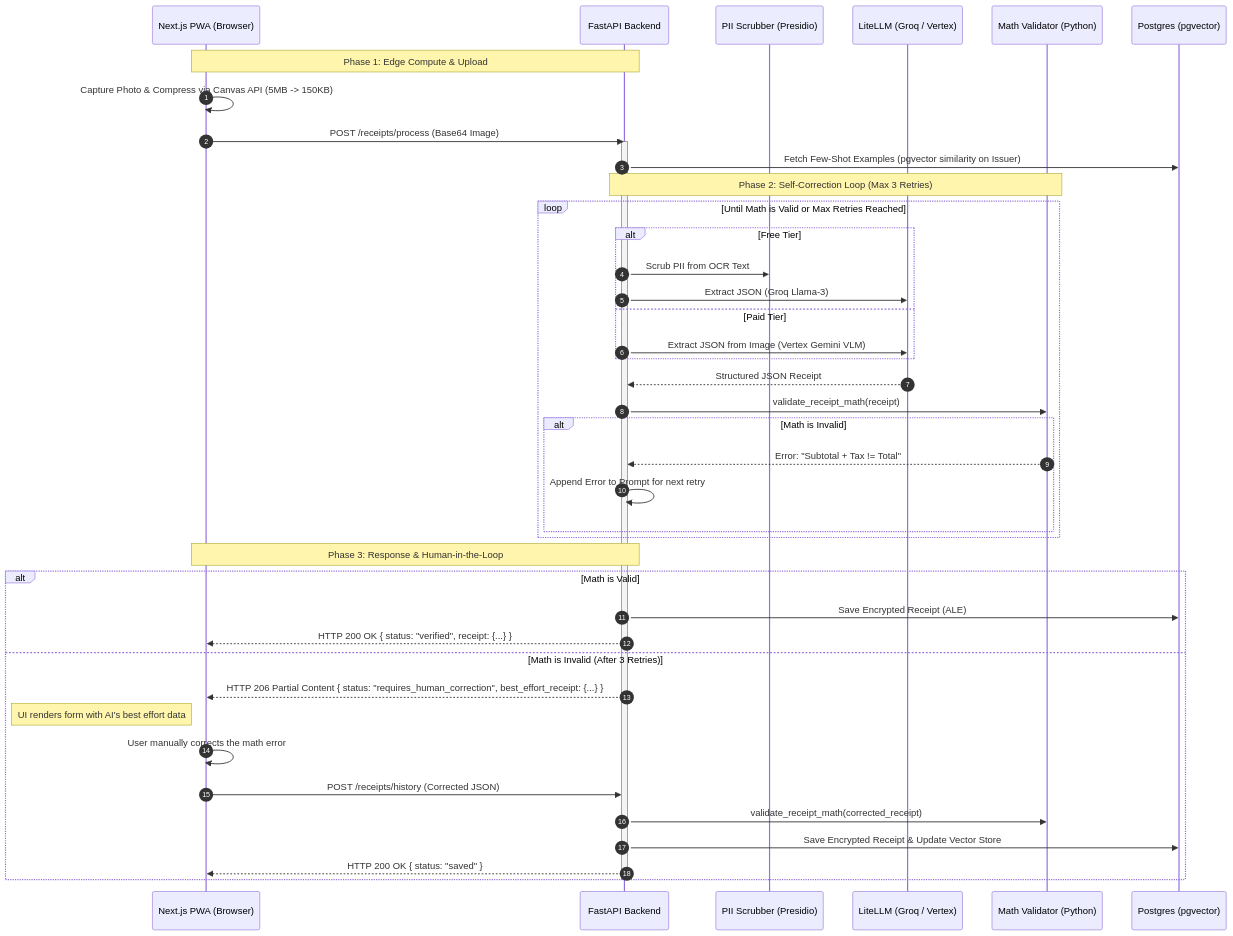
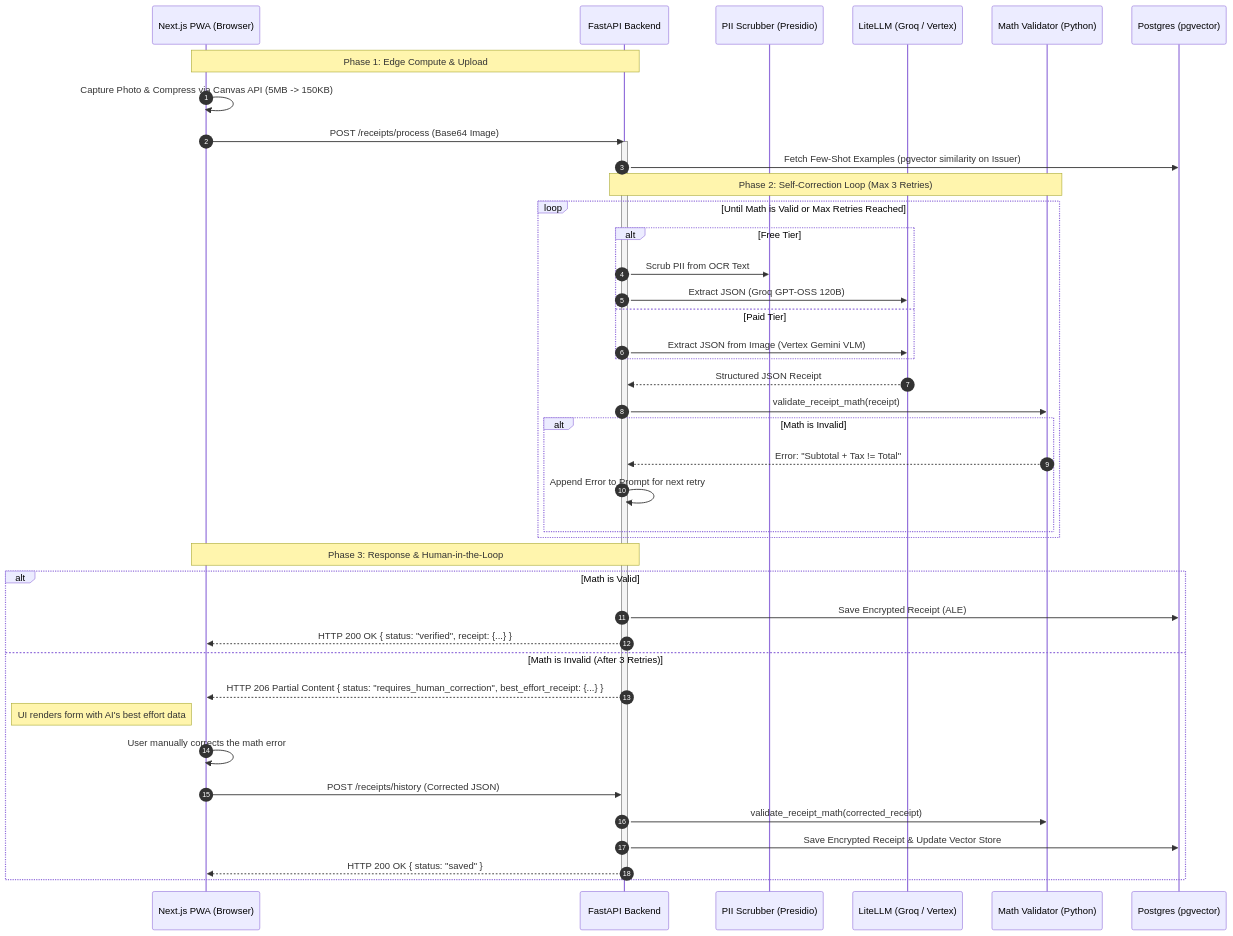
Before and after one commit to JMMAILabs/frugal-fortress-architecture: the diagram in docs/diagrams/VERA/sequence_receipts.md, drawn with Mermaid. The commit also changed 23 other files, not shown here.

First line of the commit message:
docs: migrate free-tier references from llama-3.3 to openai/gpt-oss-120b

````diff
--- a/docs/diagrams/VERA/sequence_receipts.md
+++ b/docs/diagrams/VERA/sequence_receipts.md
@@ -5,51 +5,51 @@
 ```mermaid
 %%{init: {'theme': 'default', 'themeVariables': { 'noteBkgColor': '#fff5ad', 'noteTextColor': '#333333'}}}%%
 sequenceDiagram
     autonumber
     participant Edge as Next.js PWA (Browser)
     participant API as FastAPI Backend
     participant PII as PII Scrubber (Presidio)
     participant LLM as LiteLLM (Groq / Vertex)
     participant Math as Math Validator (Python)
     participant DB as Postgres (pgvector)
 
     Note over Edge, API: Phase 1: Edge Compute & Upload
     Edge->>Edge: Capture Photo & Compress via Canvas API (5MB -> 150KB)
     Edge->>API: POST /receipts/process (Base64 Image)
     activate API
     
     API->>DB: Fetch Few-Shot Examples (pgvector similarity on Issuer)
     
     Note over API, Math: Phase 2: Self-Correction Loop (Max 3 Retries)
     loop Until Math is Valid or Max Retries Reached
         alt Free Tier
             API->>PII: Scrub PII from OCR Text
-            API->>LLM: Extract JSON (Groq Llama-3)
+            API->>LLM: Extract JSON (Groq GPT-OSS 120B)
         else Paid Tier
             API->>LLM: Extract JSON from Image (Vertex Gemini VLM)
         end
         
         LLM-->>API: Structured JSON Receipt
         API->>Math: validate_receipt_math(receipt)
         
         alt Math is Invalid
             Math-->>API: Error: "Subtotal + Tax != Total"
             API->>API: Append Error to Prompt for next retry
         end
     end
 
     Note over API, Edge: Phase 3: Response & Human-in-the-Loop
     alt Math is Valid
         API->>DB: Save Encrypted Receipt (ALE)
         API-->>Edge: HTTP 200 OK { status: "verified", receipt: {...} }
     else Math is Invalid (After 3 Retries)
         API-->>Edge: HTTP 206 Partial Content { status: "requires_human_correction", best_effort_receipt: {...} }
         Note left of Edge: UI renders form with AI's best effort data
         Edge->>Edge: User manually corrects the math error
         Edge->>API: POST /receipts/history (Corrected JSON)
         API->>Math: validate_receipt_math(corrected_receipt)
         API->>DB: Save Encrypted Receipt & Update Vector Store
         API-->>Edge: HTTP 200 OK { status: "saved" }
     end
     deactivate API
 ```
````
